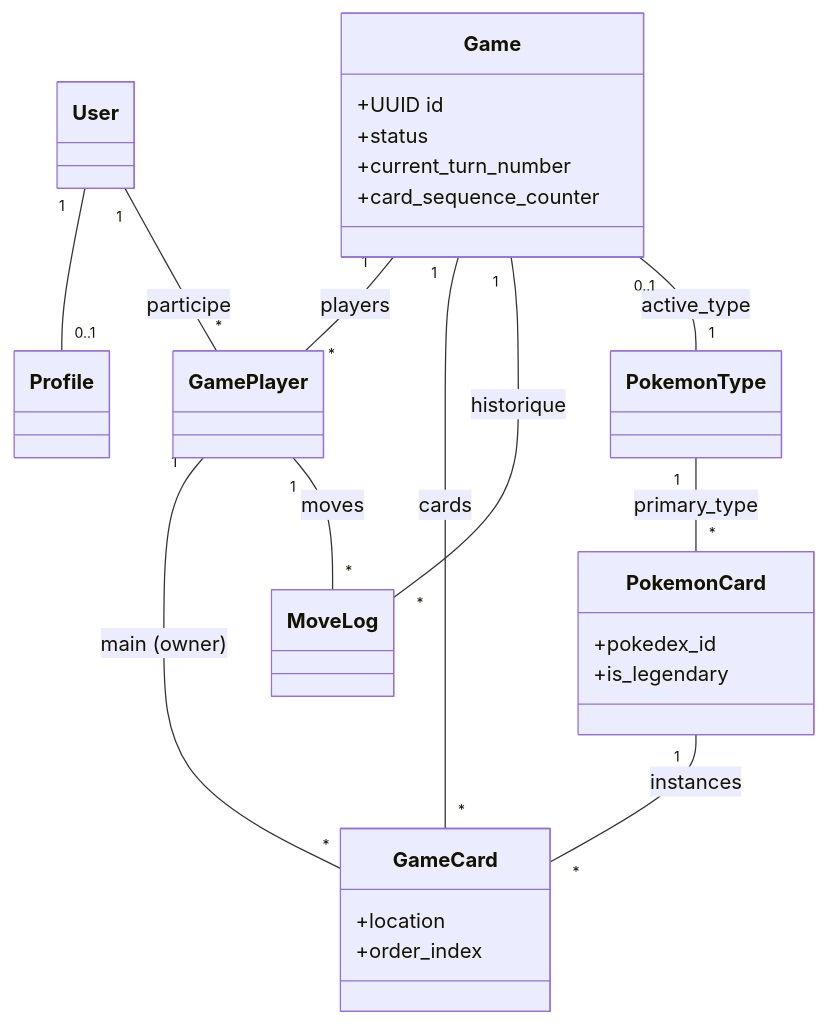
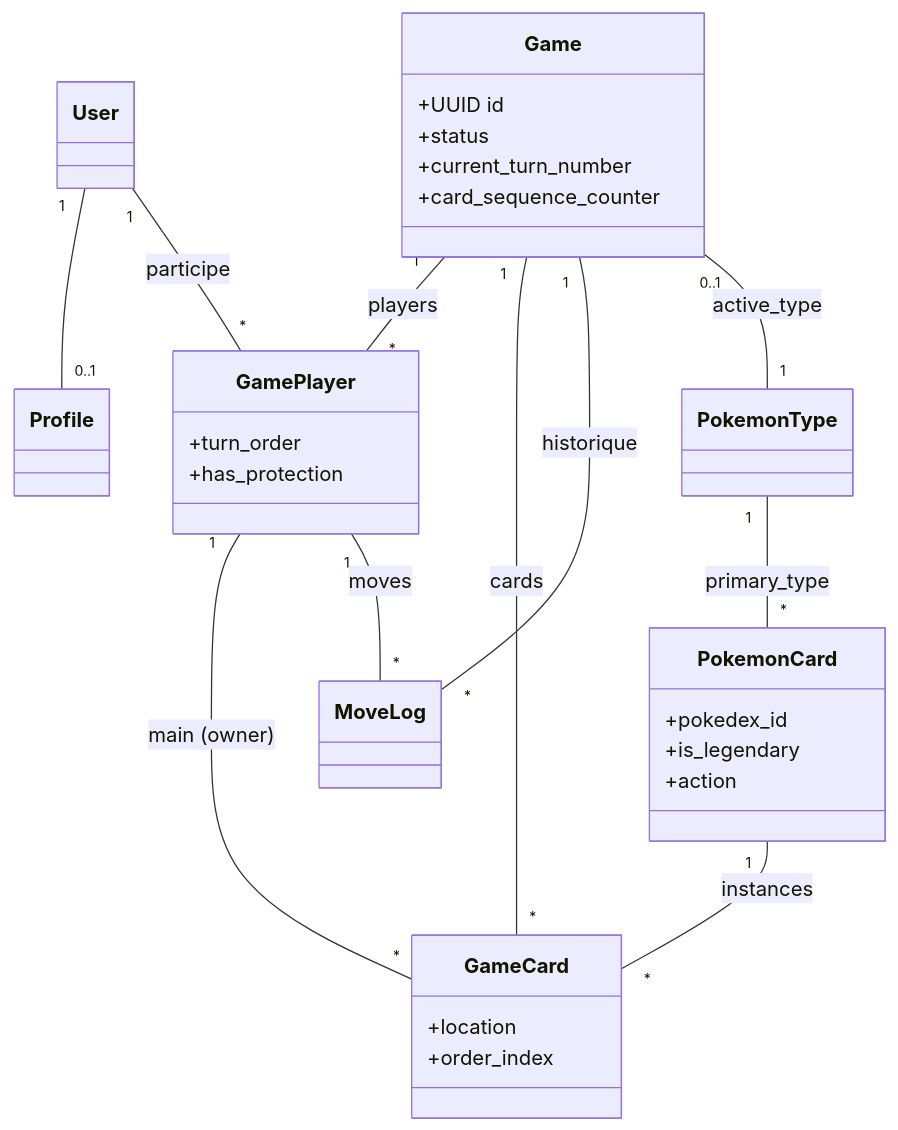
Before and after one commit to theohugo/Projet-carte: the first of 2 diagrams in README.md, drawn with Mermaid. The commit also changed other lines of this file and 38 other files, not shown here.

````diff
--- a/README.md
+++ b/README.md
@@ -57,28 +60,33 @@
 ```mermaid
 classDiagram
     User "1" -- "0..1" Profile
     User "1" -- "*" GamePlayer : participe
     Game "1" -- "*" GamePlayer : players
     Game "1" -- "*" GameCard : cards
     Game "1" -- "*" MoveLog : historique
     Game "0..1" -- "1" PokemonType : active_type
     PokemonType "1" -- "*" PokemonCard : primary_type
     PokemonCard "1" -- "*" GameCard : instances
     GamePlayer "1" -- "*" GameCard : main (owner)
     GamePlayer "1" -- "*" MoveLog : moves
 
     class Game {
         +UUID id
         +status
         +current_turn_number
         +card_sequence_counter
     }
     class GameCard {
         +location
         +order_index
     }
     class PokemonCard {
         +pokedex_id
         +is_legendary
+        +action
+    }
+    class GamePlayer {
+        +turn_order
+        +has_protection
     }
 ```
````
